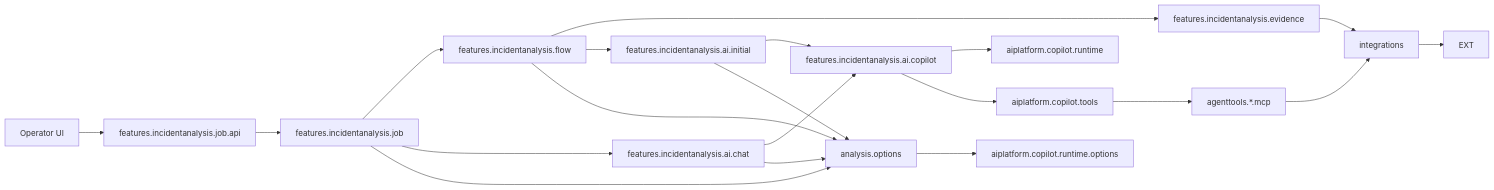
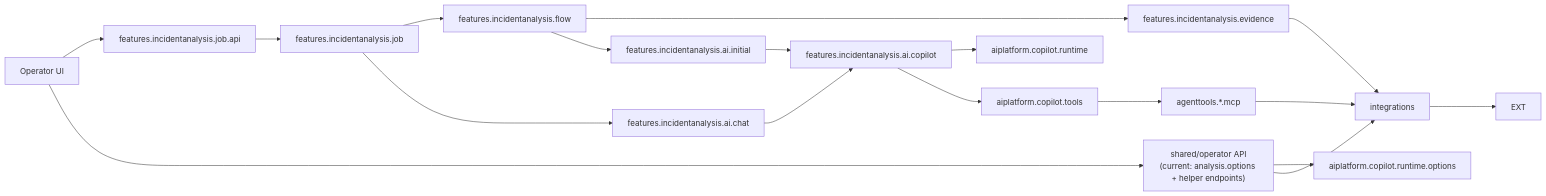
Before and after one commit to herald-assistant/incident-tracker: the first of 2 diagrams in docs/architecture/05-package-dependencies.md, drawn with Mermaid. The commit also changed other lines of this file and 14 other files, not shown here.

Commit message:
Document shared operator API layer

````diff
--- a/docs/architecture/05-package-dependencies.md
+++ b/docs/architecture/05-package-dependencies.md
@@ -92,26 +100,24 @@
 ```mermaid
 flowchart LR
     OP["Operator UI"] --> JOBAPI["features.incidentanalysis.job.api"]
+    OP --> SHAREDAPI["shared/operator API\n(current: analysis.options + helper endpoints)"]
     JOBAPI --> JOB["features.incidentanalysis.job"]
     JOB --> FLOW["features.incidentanalysis.flow"]
 
     FLOW --> EVIDENCE["features.incidentanalysis.evidence"]
     EVIDENCE --> INTEGRATIONS["integrations"]
     INTEGRATIONS --> EXT
 
     FLOW --> INITIAL["features.incidentanalysis.ai.initial"]
     INITIAL --> INCIDENTCOPILOT["features.incidentanalysis.ai.copilot"]
     INCIDENTCOPILOT --> AIPLATFORM["aiplatform.copilot.runtime"]
     INCIDENTCOPILOT --> TOOLS["aiplatform.copilot.tools"]
     TOOLS --> MCP["agenttools.*.mcp"]
     MCP --> INTEGRATIONS
 
     JOB --> CHAT
     CHAT["features.incidentanalysis.ai.chat"] --> INCIDENTCOPILOT
 
-    JOB --> OPTIONS["analysis.options"]
-    FLOW --> OPTIONS
-    INITIAL --> OPTIONS
-    CHAT --> OPTIONS
-    OPTIONS --> PLATFORMOPTIONS["aiplatform.copilot.runtime.options"]
+    SHAREDAPI --> PLATFORMOPTIONS["aiplatform.copilot.runtime.options"]
+    SHAREDAPI --> INTEGRATIONS
 ```
````
